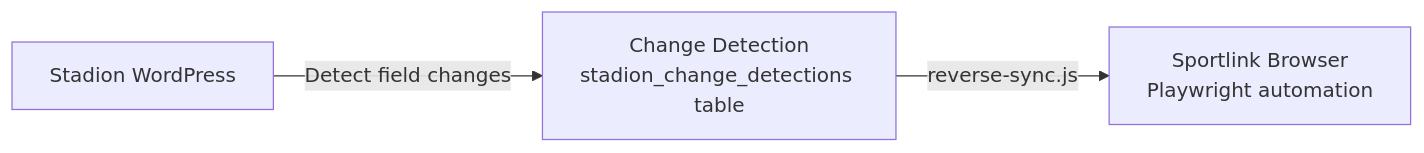
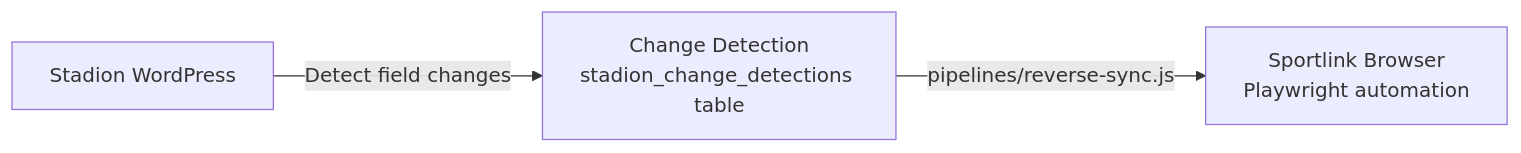
One commit to jdevalk/sportlink-sync changed the eighth of 8 diagrams in docs/sync-architecture.md. Above: the diagram before and after it, drawn with Mermaid. The commit also changed other lines of this file and 117 other files, not shown here.

````diff
--- a/docs/sync-architecture.md
+++ b/docs/sync-architecture.md
@@ -476,9 +476,9 @@
 ```mermaid
 graph LR
     ST[Stadion WordPress]
     DET[Change Detection<br>stadion_change_detections table]
     SL[Sportlink Browser<br>Playwright automation]
 
     ST -->|Detect field changes| DET
-    DET -->|reverse-sync.js| SL
+    DET -->|pipelines/reverse-sync.js| SL
 ```
````
